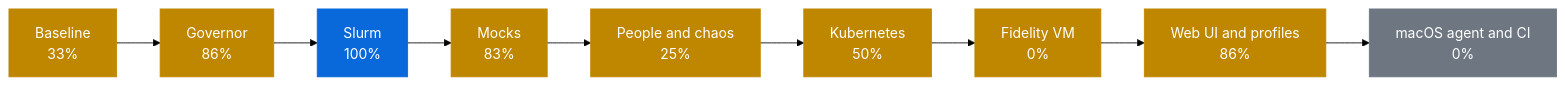
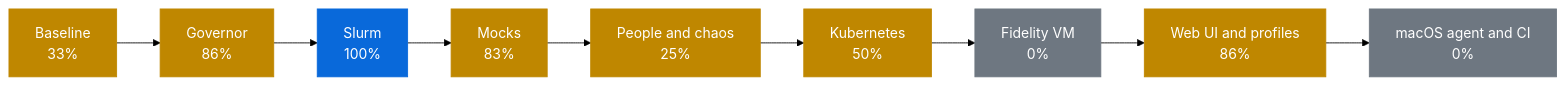
Before and after one commit to AhmedYousriSobhi/workbench: the first of 2 diagrams in docs/PROGRESS.md, drawn with Mermaid (forest theme). The commit also changed other lines of this file and 8 other files, not shown here.

````diff
--- a/docs/PROGRESS.md
+++ b/docs/PROGRESS.md
@@ -10,17 +10,17 @@
 ```mermaid
 flowchart LR
     p0["Baseline<br/>33%"]:::partial
     p1["Governor<br/>86%"]:::partial
     p2["Slurm<br/>100%"]:::review
     p3["Mocks<br/>83%"]:::partial
     p4["People and chaos<br/>25%"]:::partial
     p5["Kubernetes<br/>50%"]:::partial
-    p6["Fidelity VM<br/>0%"]:::partial
+    p6["Fidelity VM<br/>0%"]:::todo
     p7["Web UI and profiles<br/>86%"]:::partial
     p8["macOS agent and CI<br/>0%"]:::todo
     p0 --> p1 --> p2 --> p3 --> p4 --> p5 --> p6 --> p7 --> p8
     classDef done fill:#1a7f37,stroke:#1a7f37,color:#fff
     classDef review fill:#0969da,stroke:#0969da,color:#fff
     classDef partial fill:#bf8700,stroke:#bf8700,color:#fff
     classDef todo fill:#6e7781,stroke:#6e7781,color:#fff
 ```
````
